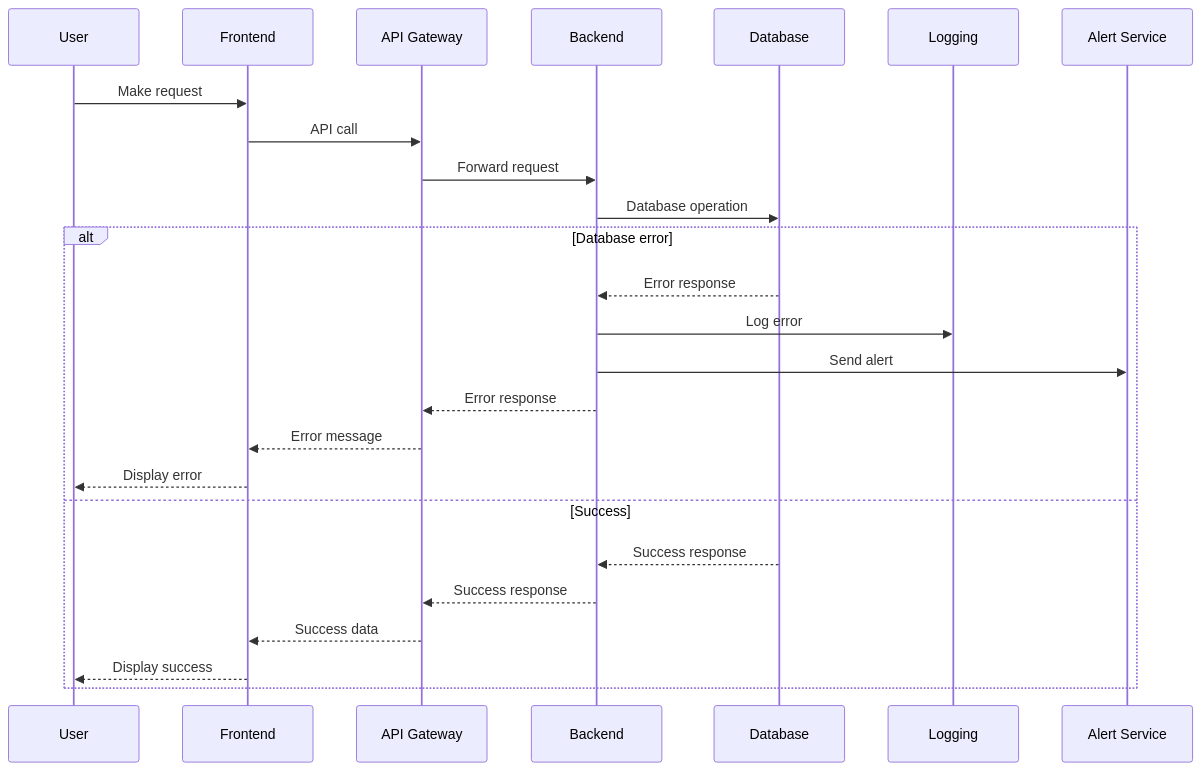
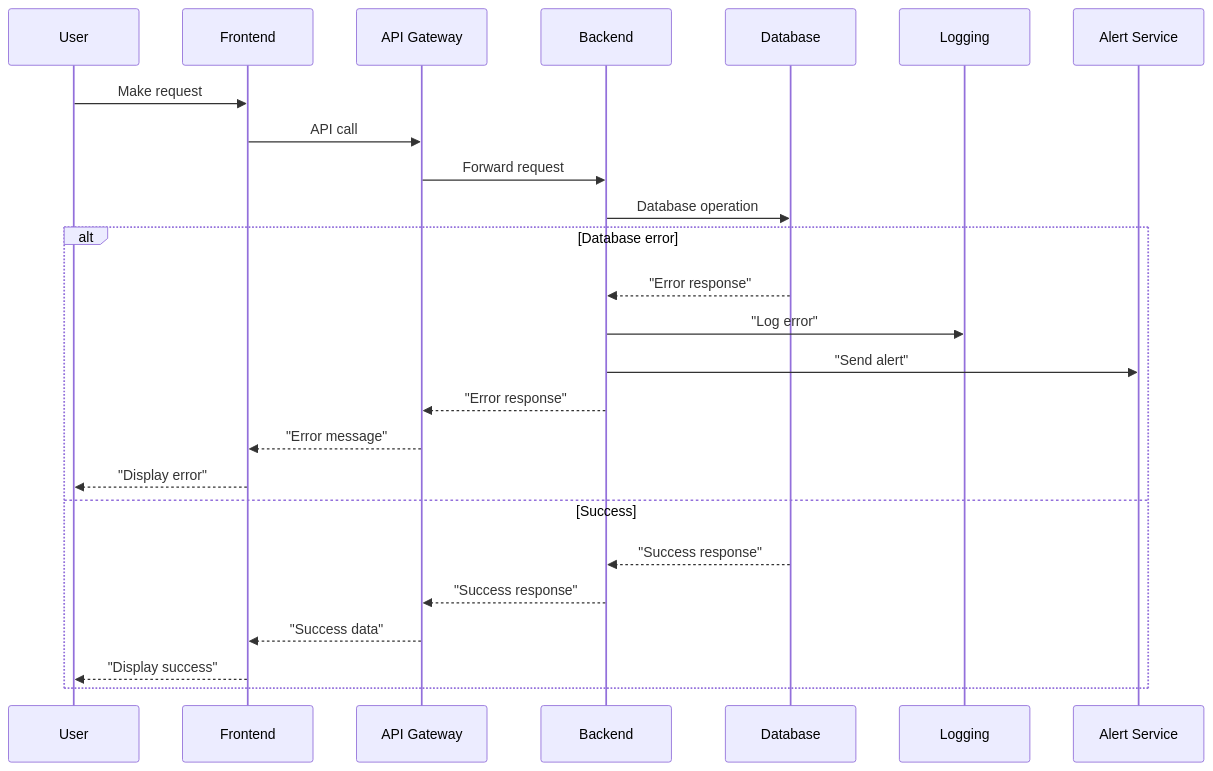
The eighth of 8 diagrams in docs/architecture/sequence-diagrams.md (akramahmed1/QuantaEnergi), drawn with Mermaid before and after one commit. The commit also changed other lines of this file and 6 other files, not shown here.

Commit message:
mermaid fixes compatibility

````diff
--- a/docs/architecture/sequence-diagrams.md
+++ b/docs/architecture/sequence-diagrams.md
@@ -202,28 +202,28 @@
 ```mermaid
 sequenceDiagram
     participant U as User
     participant F as Frontend
     participant API as API Gateway
     participant B as Backend
     participant DB as Database
     participant Log as Logging
     participant Alert as Alert Service
 
     U->>F: Make request
     F->>API: API call
     API->>B: Forward request
     B->>DB: Database operation
     alt Database error
-        DB-->>B: Error response
-        B->>Log: Log error
-        B->>Alert: Send alert
-        B-->>API: Error response
-        API-->>F: Error message
-        F-->>U: Display error
+        DB-->>B: "Error response"
+        B->>Log: "Log error"
+        B->>Alert: "Send alert"
+        B-->>API: "Error response"
+        API-->>F: "Error message"
+        F-->>U: "Display error"
     else Success
-        DB-->>B: Success response
-        B-->>API: Success response
-        API-->>F: Success data
-        F-->>U: Display success
+        DB-->>B: "Success response"
+        B-->>API: "Success response"
+        API-->>F: "Success data"
+        F-->>U: "Display success"
     end
 ```
````
